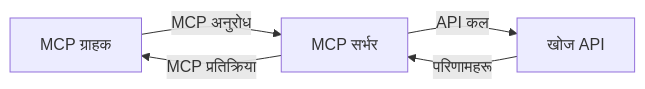
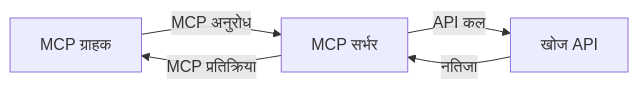
Before and after one commit to microsoft/mcp-for-beginners: the second of 4 diagrams in translations/ne/05-AdvancedTopics/mcp-realtimesearch/README.md, drawn with Mermaid. The commit also changed other lines of this file and 118 other files, not shown here.

````diff
--- a/translations/ne/05-AdvancedTopics/mcp-realtimesearch/README.md
+++ b/translations/ne/05-AdvancedTopics/mcp-realtimesearch/README.md
@@ -598,7 +600,7 @@
 ```mermaid
 graph LR
     Client[MCP ग्राहक] --> |MCP अनुरोध| Server[MCP सर्भर]
     Server --> |API कल| SearchAPI[खोज API]
-    SearchAPI --> |परिणामहरू| Server
+    SearchAPI --> |नतिजा| Server
     Server --> |MCP प्रतिक्रिया| Client
 ```
````
